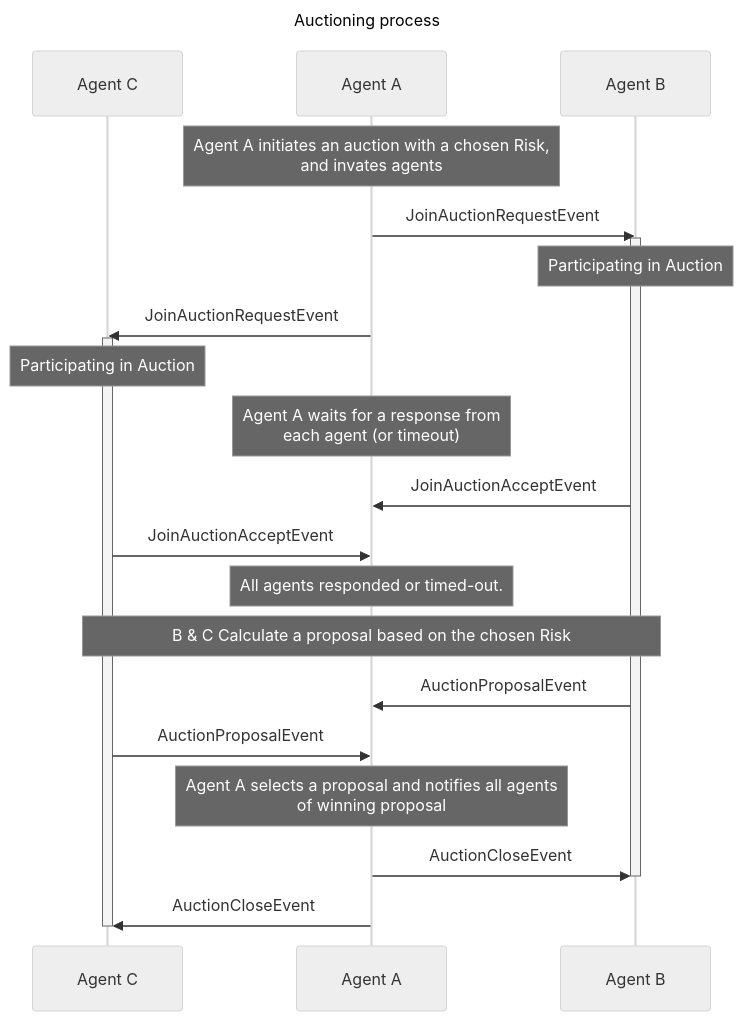
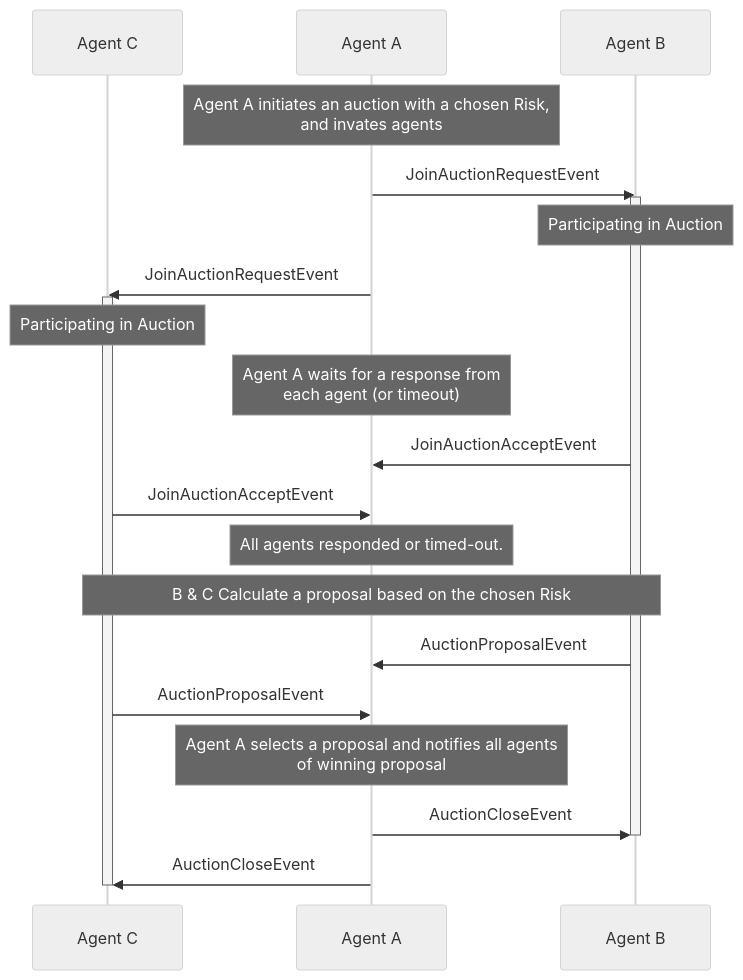
The diagram in packages/thesis/src/content/auction.mmd (jornverhoeven/thesis-project), drawn with Mermaid (neutral theme) before and after one commit. The commit also changed 7 other files, not shown here.

Commit message:
update thesis diagrams and notes

```diff
--- a/packages/thesis/src/content/auction.mmd
+++ b/packages/thesis/src/content/auction.mmd
@@ -1,33 +1,33 @@
----
-title: Auctioning process
----
+%% ---
+%% title: Auctioning process
+%% ---
 sequenceDiagram
     participant C as Agent C
     participant A as Agent A
     participant B as Agent B
 
     Note over A: Agent A initiates an auction with a chosen Risk,<br/>and invates agents
     A ->> B: JoinAuctionRequestEvent
     activate B
     Note over B: Participating in Auction
 
     A ->> C: JoinAuctionRequestEvent
     activate C
     Note over C: Participating in Auction
 
     Note over A: Agent A waits for a response from<br/>each agent (or timeout)
 
     B ->> A: JoinAuctionAcceptEvent
     C ->> A: JoinAuctionAcceptEvent
 
     Note over A: All agents responded or timed-out.
 
     Note over B,C: B & C Calculate a proposal based on the chosen Risk
     B ->> A: AuctionProposalEvent
     C ->> A: AuctionProposalEvent
 
     Note over A: Agent A selects a proposal and notifies all agents<br/> of winning proposal
     A ->> B: AuctionCloseEvent
     deactivate B
     A ->> C: AuctionCloseEvent
     deactivate C
```
